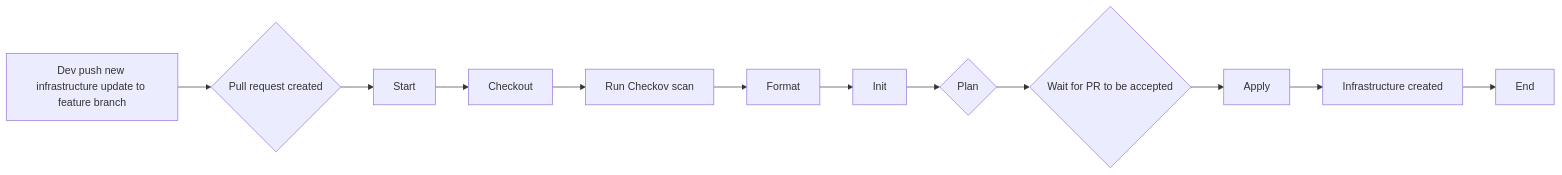
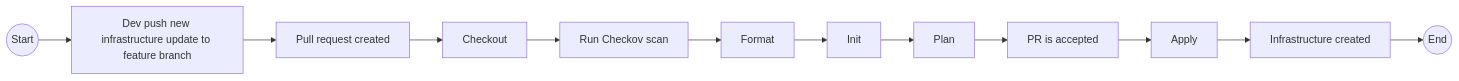
The diagram in week05-06/README.md (Qu11et/UIT-TTDN), drawn with Mermaid before and after one commit.

Commit message:
Update README.md flowchart

````diff
--- a/week05-06/README.md
+++ b/week05-06/README.md
@@ -46,20 +46,14 @@
 ```mermaid
 flowchart LR
-        dev["Dev push new infrastructure update to feature branch"]
-        pr{"Pull request created"}
-        checkout["Checkout"]
-        fmt["Format"]
-        test["Run Checkov scan"]
-        init["Init"] 
-        plan{"Plan"}
-        apply["Apply"]
-        pra{"Wait for PR to be accepted"}
-        infra["Infrastructure created"]
-        
-    dev --> pr --> start["Start"] 
-    start["Start"]  --> checkout
-    checkout --> test
-    test --> fmt
-    fmt --> init
-    init --> plan --> pra --> apply --> infra --> ending["End"]
+    start(("Start")) --> dev["Dev push new infrastructure update to feature branch"]
+    dev --> pr["Pull request created"]
+    pr --> checkout["Checkout"]
+    checkout --> test["Run Checkov scan"]
+    test --> fmt["Format"]
+    fmt --> init["Init"]
+    init --> plan["Plan"]
+    plan --> pra["PR is accepted"]
+    pra --> apply["Apply"]
+    apply --> infra["Infrastructure created"]
+    infra --> ending(("End"))
 ```
````
